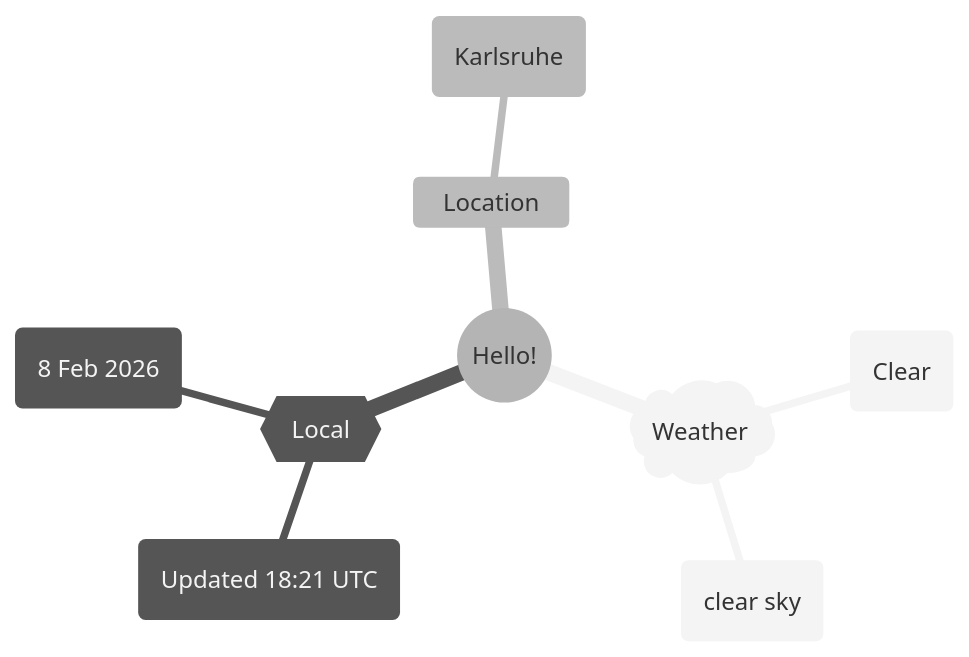
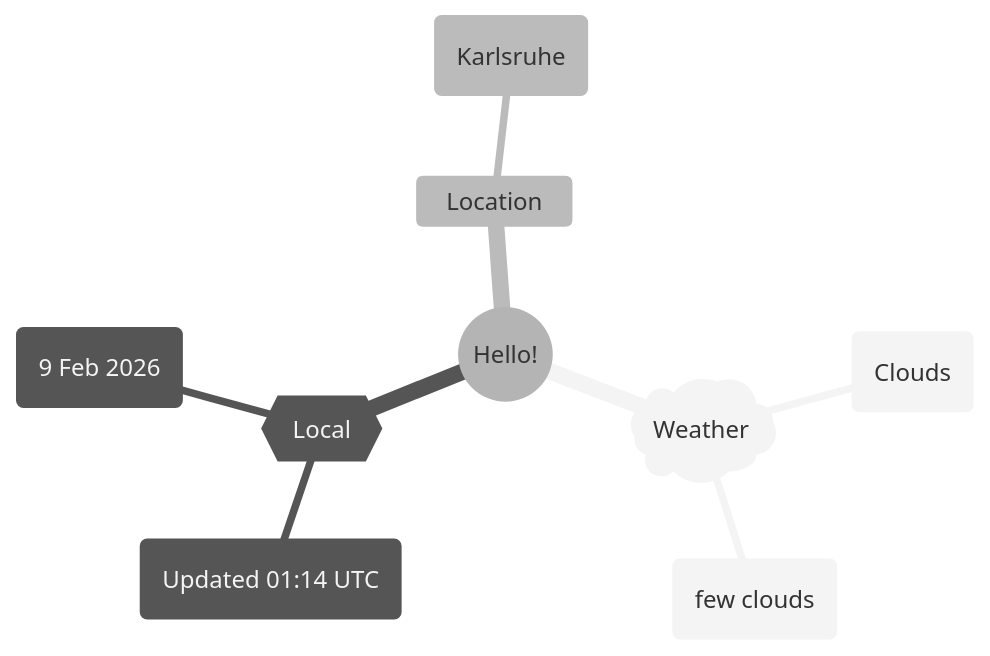
The first of 2 diagrams in README.md (Xosrov/Xosrov), drawn with Mermaid (neutral theme) before and after one commit.

Commit message:
[bot] updated images

````diff
--- a/README.md
+++ b/README.md
@@ -3,12 +3,12 @@
 ```mermaid
 mindmap
   root((Hello!))
     )Weather(
-        (Clear)
-        (clear sky)
+        (Clouds)
+        (few clouds)
     {{Local}}
-        (Updated 18:21 UTC)
-        (8 Feb 2026)
+        (Updated 01:14 UTC)
+        (9 Feb 2026)
     Location
         (Karlsruhe)
 ```
````
